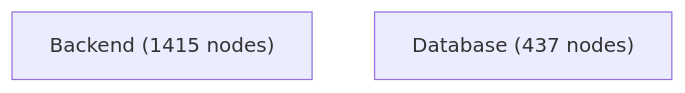
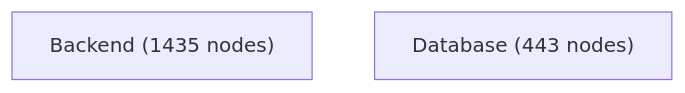
The diagram in docs/architecture-analysis/views/containers.mmd (jankneumann/agentic-coding-tools), drawn with Mermaid before and after one commit. The commit also changed 154 other files, not shown here.

```diff
--- a/docs/architecture-analysis/views/containers.mmd
+++ b/docs/architecture-analysis/views/containers.mmd
@@ -1,3 +1,3 @@
 flowchart TB
-    Backend["Backend (1415 nodes)"]
-    Database["Database (437 nodes)"]
+    Backend["Backend (1435 nodes)"]
+    Database["Database (443 nodes)"]
```
